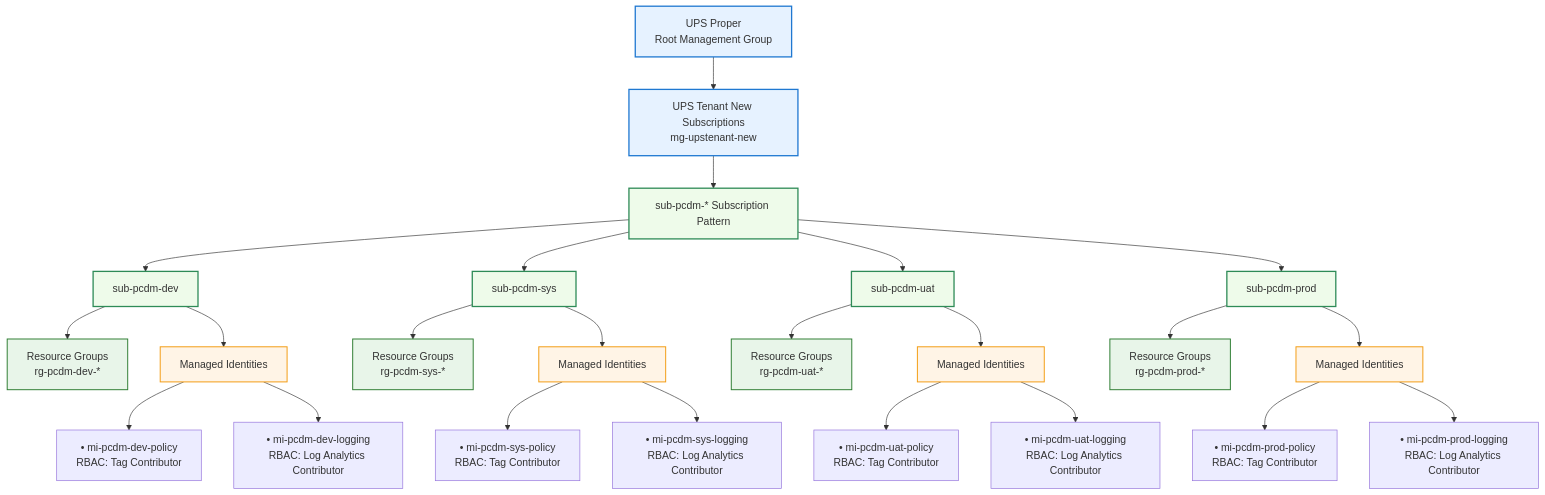
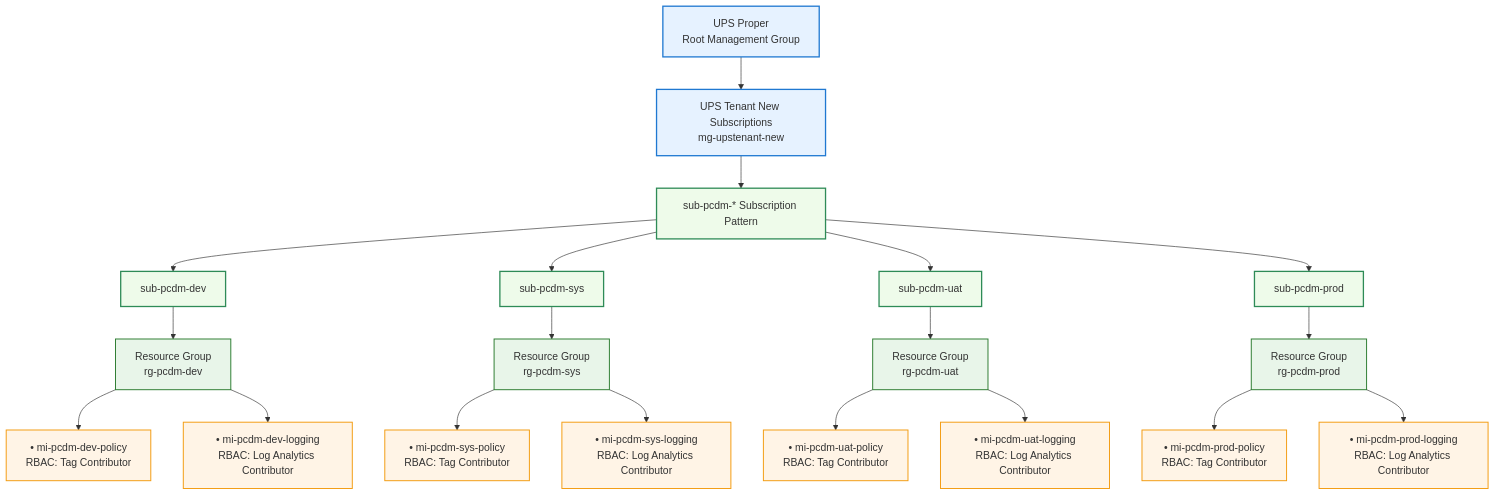
The diagram in README.md (oigbokwe73/Azure-Management-Group), drawn with Mermaid before and after one commit. The commit also changed other lines of this file, not shown here.

First line of the commit message:
Simplify Resource Group and Managed Identity naming

````diff
--- a/README.md
+++ b/README.md
@@ -12,53 +15,45 @@
 ```mermaid
 graph TD
 
 A[UPS Proper<br>Root Management Group]
 
 A --> B[UPS Tenant New Subscriptions<br>mg-upstenant-new]
 
 B --> C[sub-pcdm-* Subscription Pattern]
 
 C --> D[sub-pcdm-dev]
 C --> E[sub-pcdm-sys]
 C --> F[sub-pcdm-uat]
 C --> G[sub-pcdm-prod]
 
 %% DEV
-D --> D1[Resource Groups<br>rg-pcdm-dev-*]
-D --> D2[Managed Identities]
-
-D2 --> D3["• mi-pcdm-dev-policy<br>RBAC: Tag Contributor"]
-D2 --> D4["• mi-pcdm-dev-logging<br>RBAC: Log Analytics Contributor"]
+D --> D1[Resource Group<br>rg-pcdm-dev]
+D1 --> D2["• mi-pcdm-dev-policy<br>RBAC: Tag Contributor"]
+D1 --> D3["• mi-pcdm-dev-logging<br>RBAC: Log Analytics Contributor"]
 
 %% SYS
-E --> E1[Resource Groups<br>rg-pcdm-sys-*]
-E --> E2[Managed Identities]
-
-E2 --> E3["• mi-pcdm-sys-policy<br>RBAC: Tag Contributor"]
-E2 --> E4["• mi-pcdm-sys-logging<br>RBAC: Log Analytics Contributor"]
+E --> E1[Resource Group<br>rg-pcdm-sys]
+E1 --> E2["• mi-pcdm-sys-policy<br>RBAC: Tag Contributor"]
+E1 --> E3["• mi-pcdm-sys-logging<br>RBAC: Log Analytics Contributor"]
 
 %% UAT
-F --> F1[Resource Groups<br>rg-pcdm-uat-*]
-F --> F2[Managed Identities]
-
-F2 --> F3["• mi-pcdm-uat-policy<br>RBAC: Tag Contributor"]
-F2 --> F4["• mi-pcdm-uat-logging<br>RBAC: Log Analytics Contributor"]
+F --> F1[Resource Group<br>rg-pcdm-uat]
+F1 --> F2["• mi-pcdm-uat-policy<br>RBAC: Tag Contributor"]
+F1 --> F3["• mi-pcdm-uat-logging<br>RBAC: Log Analytics Contributor"]
 
 %% PROD
-G --> G1[Resource Groups<br>rg-pcdm-prod-*]
-G --> G2[Managed Identities]
-
-G2 --> G3["• mi-pcdm-prod-policy<br>RBAC: Tag Contributor"]
-G2 --> G4["• mi-pcdm-prod-logging<br>RBAC: Log Analytics Contributor"]
+G --> G1[Resource Group<br>rg-pcdm-prod]
+G1 --> G2["• mi-pcdm-prod-policy<br>RBAC: Tag Contributor"]
+G1 --> G3["• mi-pcdm-prod-logging<br>RBAC: Log Analytics Contributor"]
 
 %% Styling
 classDef mg fill:#e6f2ff,stroke:#1f78d1,stroke-width:2px;
 classDef sub fill:#eefbea,stroke:#2e8b57,stroke-width:2px;
 classDef rg fill:#e8f5e9,stroke:#2e7d32,stroke-width:1.5px;
 classDef mi fill:#fff4e6,stroke:#f39c12,stroke-width:1.5px;
 
 class A,B mg;
 class C,D,E,F,G sub;
 class D1,E1,F1,G1 rg;
-class D2,E2,F2,G2 mi;
+class D2,D3,E2,E3,F2,F3,G2,G3 mi;
 ```
````
